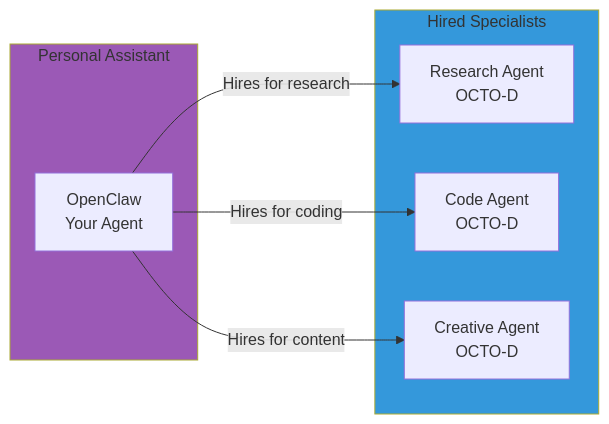
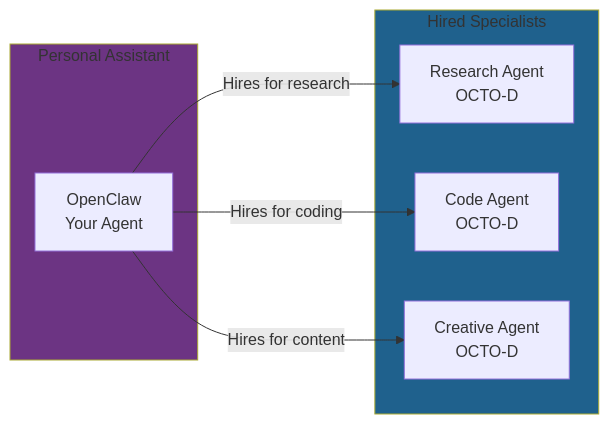
One commit to CipherOcto/cipherocto changed the third of 5 diagrams in docs/openclaw.md. Above: the diagram before and after it, drawn with Mermaid. The commit also changed other lines of this file and 13 other files, not shown here.

First line of the commit message:
Improve Mermaid diagram accessibility: Fix color contrast

````diff
--- a/docs/openclaw.md
+++ b/docs/openclaw.md
@@ -85,19 +85,19 @@
 ```mermaid
 graph LR
     subgraph ASSISTANT["Personal Assistant"]
         A[OpenClaw<br/>Your Agent]
     end
 
     subgraph SPECIALISTS["Hired Specialists"]
         S1[Research Agent<br/>OCTO-D]
         S2[Code Agent<br/>OCTO-D]
         S3[Creative Agent<br/>OCTO-D]
     end
 
     A -->|Hires for research| S1
     A -->|Hires for coding| S2
     A -->|Hires for content| S3
 
-    style ASSISTANT fill:#9b59b6
-    style SPECIALISTS fill:#3498db
+    style ASSISTANT fill:#6c3483
+    style SPECIALISTS fill:#1f618d
 ```
````
